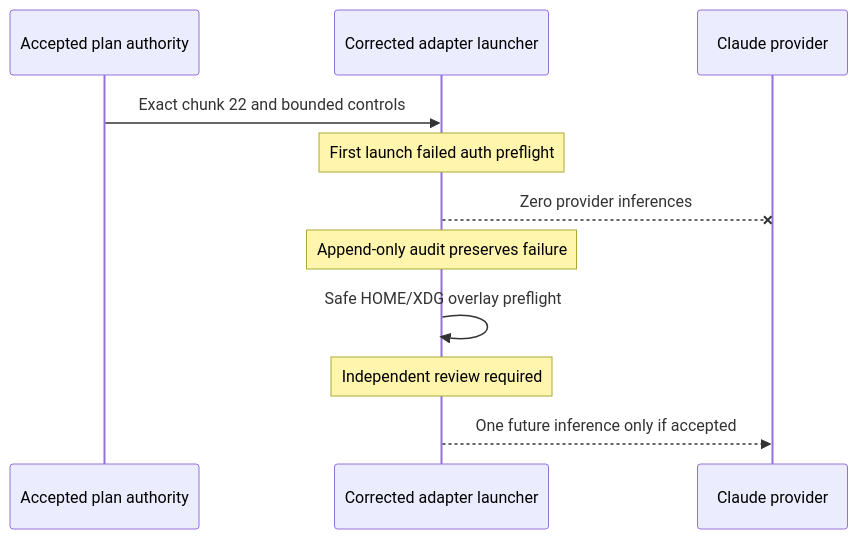
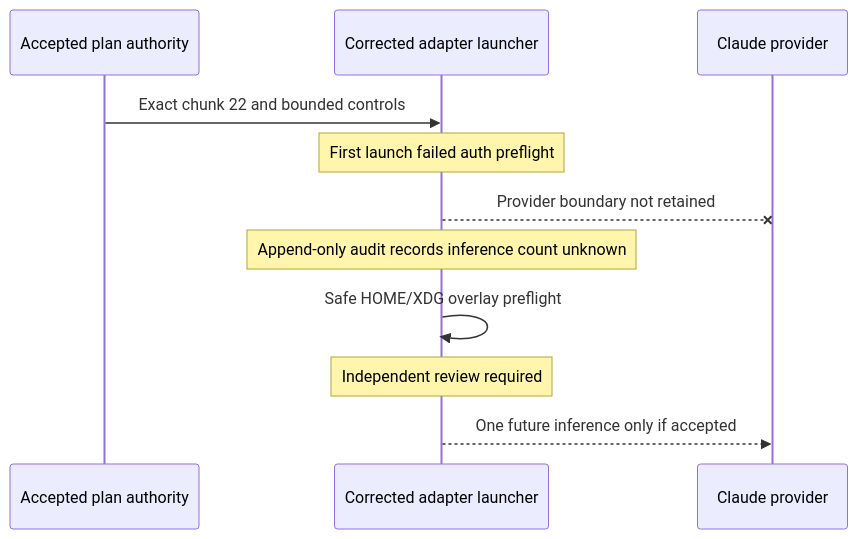
Diagram 15 of 18 in docs/agents/goal-history.md (ray-manaloto/knowledge-base), drawn with Mermaid before and after one commit. The commit also changed 22 other files, not shown here.

Commit message:
fix(graphify): preserve authored semantic evidence

````diff
--- a/docs/agents/goal-history.md
+++ b/docs/agents/goal-history.md
@@ -539,13 +539,13 @@
 ```mermaid
 sequenceDiagram
     participant Plan as Accepted plan authority
     participant Adapter as Corrected adapter launcher
     participant Claude as Claude provider
     Plan->>Adapter: Exact chunk 22 and bounded controls
     Note over Adapter: First launch failed auth preflight
-    Adapter--xClaude: Zero provider inferences
-    Note over Adapter: Append-only audit preserves failure
+    Adapter--xClaude: Provider boundary not retained
+    Note over Adapter: Append-only audit records inference count unknown
     Adapter->>Adapter: Safe HOME/XDG overlay preflight
     Note over Adapter: Independent review required
     Adapter-->>Claude: One future inference only if accepted
 ```
````
